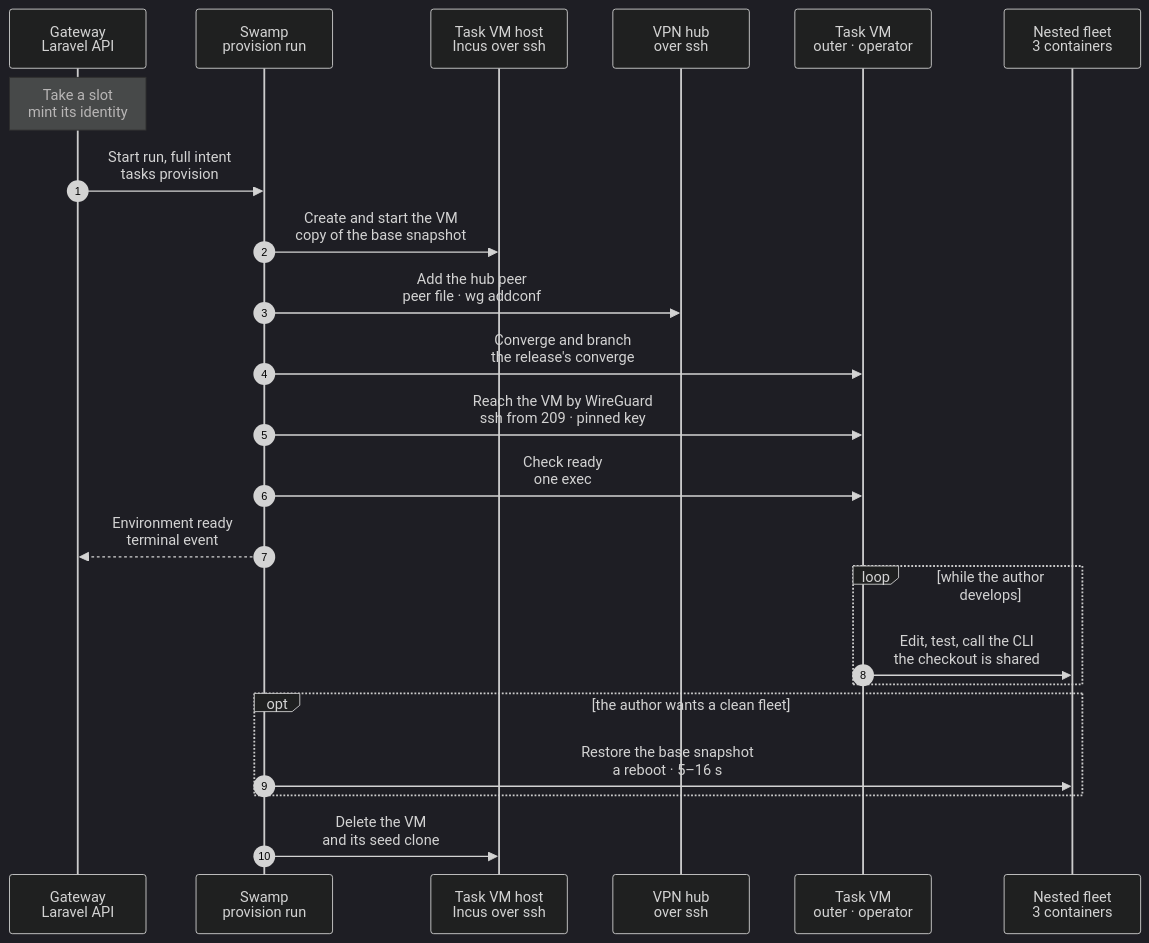
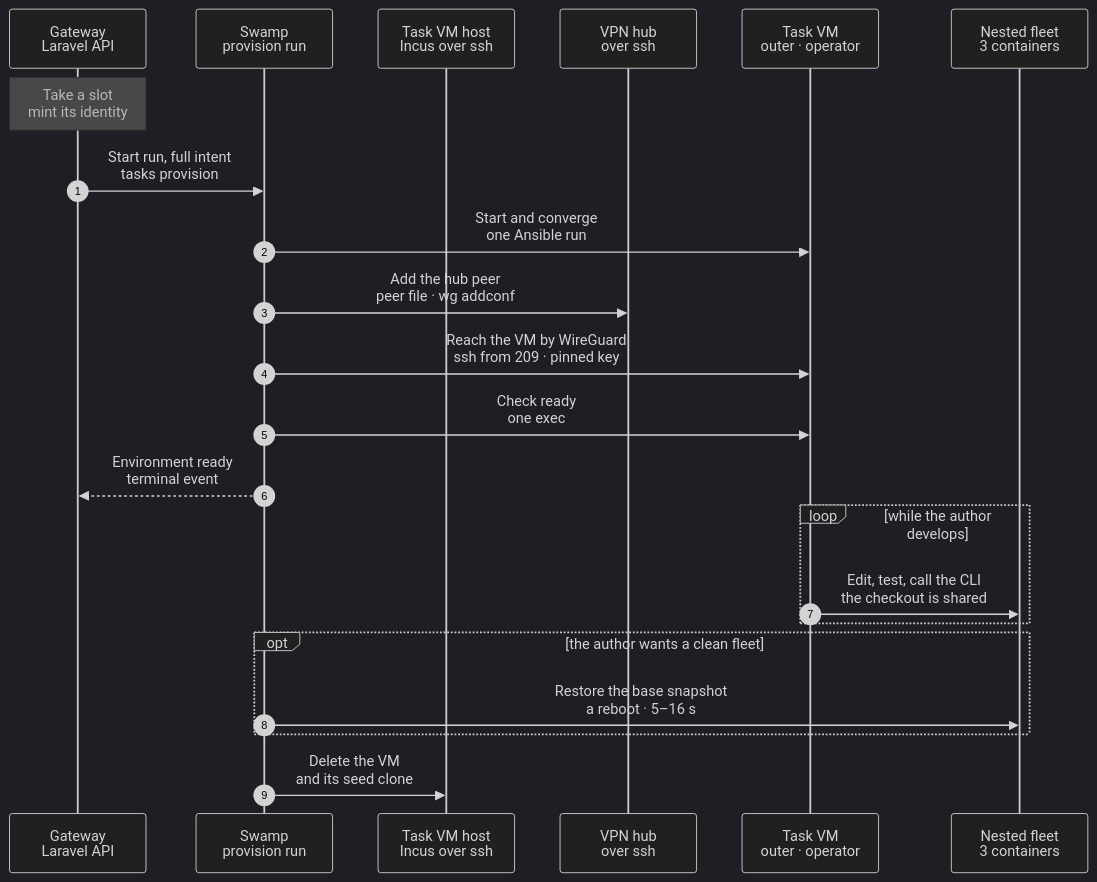
The diagram in docs/reference/pipeline/2-development-environment.mmd (hardimpactdev/orbit), drawn with Mermaid (dark theme) before and after one commit. The commit also changed 4 other files, not shown here.

Commit message:
Review fixes: 60 s connection wait, stage 2 chart and docs, tests for the intent key and the host pins

```diff
--- a/docs/reference/pipeline/2-development-environment.mmd
+++ b/docs/reference/pipeline/2-development-environment.mmd
@@ -1,64 +1,61 @@
 sequenceDiagram
   %% Target design (agreed with Nick, 2026-11-07): stage 2 of the command development pipeline. A task VM, where an agent or Nick develops a command and the proof cases run too, is a copy of the host's base VM snapshot with a fresh identity, named `<node>-tvm-<n>` by its slot under the host's `max_vms`. The base holds everything installed and ready: orbit-agent, the Pi server, the tools, Swamp, sshd and UFW, a warm checkout of main with `vendor/` and `node_modules/`, and the nested fleet (a Gateway with Swamp, an app-dev Node, an app-prod Node) as Incus system containers that start with the VM, with a `base` snapshot each for the proof. The containers mount the outer VM's checkout as a disk device, so an edit reaches them at once. The task start: docs/cli/tasks/provision.mmd.
   %% status: draft
   %% command: development pipeline stage 2 · development environment
   %% kind: pipeline.2-development-environment
   autonumber
   %% lane GW icon=gateway pill=intent tone=blue
   %% lane SW icon=workflow pill=executes tone=green
   %% lane H icon=server pill=target tone=amber
   %% lane HUB icon=server pill=hub tone=gray
   %% lane VM icon=server pill=task VM tone=purple
   %% lane NT icon=server pill=fleet tone=gray
   participant GW as Gateway<br/>Laravel API
   participant SW as Swamp<br/>provision run
   participant H as Task VM host<br/>Incus over ssh
   participant HUB as VPN hub<br/>over ssh
   participant VM as Task VM<br/>outer · operator
   participant NT as Nested fleet<br/>3 containers
   Note over GW: Take a slot<br/>mint its identity
   %%> Requirements:
   %%> - an external task group in `todo`, a free slot under a host's `max_vms` and a promoted base snapshot on that host
   %%> Result:
   %%> - the group holds the slot; its Node, WireGuard key, host key, agent secret and Pi token are new, and the public keys are pinned on the Node. Every VM holds the same model key, the placeholder of the model router guard
   %%> - a proof is placed only on a host whose promoted image holds every change of what the image carries, up to the merge base of the proof commit with main (`TaskVmImageInputs`); otherwise the admission answers `tasks.capacity_unavailable` and names the release the host's image comes from
   GW->>SW: Start run, full intent<br/>tasks provision
   %%> Why:
   %%> - the same run for a person, an agent or a CI proof
-  SW->>H: Create and start the VM<br/>copy of the base snapshot
+  SW->>VM: Start and converge<br/>one Ansible run
   %%> What it does:
-  %%> - `incus copy` of the host's base snapshot and a clone of its seed snapshot (ZFS clones), an identity volume with the identity and keys, `incus start`; the base's orbit-identity unit applies it at boot; the containers start with the VM
+  %%> - the host part copies the host's base snapshot and a clone of its seed snapshot (ZFS clones), writes an identity volume with the identity and keys, and starts the VM; the base's own boot unit applies the identity
+  %%> - the converge part is the converge of the release refresh: a no-op on a current image; it catches up a small delta when main moved since the last release
+  %%> - then the new task branch on the warm checkout, at the group's start commit
   SW->>HUB: Add the hub peer<br/>peer file · wg addconf
   %%> Runs beside the step before it: Swamp starts both at once.
   %%> What it does:
   %%> - adds the new WireGuard key as a peer of the hub while the VM boots
-  SW->>VM: Converge and branch<br/>the release's converge
-  %%> What it does:
-  %%> - the converge of the release refresh: a no-op on a current image; it catches up a small delta when main moved since the last release
-  %%> - then the new task branch on the warm checkout, at the group's start commit
-  %%> - the outer VM is the operator of the nested fleet; that operator key belongs to the nested network only and is baked with the fleet, so it is no part of the VM's identity
   SW->>VM: Reach the VM by WireGuard<br/>ssh from 209 · pinned key
   %%> What it does:
   %%> - the path every later step takes: ssh from a Swamp worker to the VM's WireGuard address
   SW->>VM: Check ready<br/>one exec
   %%> What it does:
   %%> - one exec checks the agent, Pi, the tunnel and the three containers; Swamp's `assert` decides
   SW-->>GW: Environment ready<br/>terminal event
   %%> Result:
   %%> - the group runs on the slot; the proof (stage 3) or the proof CI (stage 4) uses the fleet
   %%> - target under 30 s from admission
   loop while the author develops
     VM->>NT: Edit, test, call the CLI<br/>the checkout is shared
     %%> What it does:
     %%> - the author edits and runs tests on the outer VM; PHP in the nested containers sees the change on the next request
     %%> - the candidate CLI on the outer VM talks to the nested Gateway as the operator
     %%> - after a new migration, the author runs the migrations in the nested Gateway
   end
   opt the author wants a clean fleet
     SW->>NT: Restore the base snapshot<br/>a reboot · 5–16 s
     %%> What it keeps:
     %%> - the outer VM, Pi and the checkout
   end
   SW->>H: Delete the VM<br/>and its seed clone
   %%> What it does:
   %%> - at the end of the group the VM, its seed clone and its identity volume go, the hub peer is removed and the Gateway deletes the Node (docs/cli/tasks/cancel.mmd)
```
